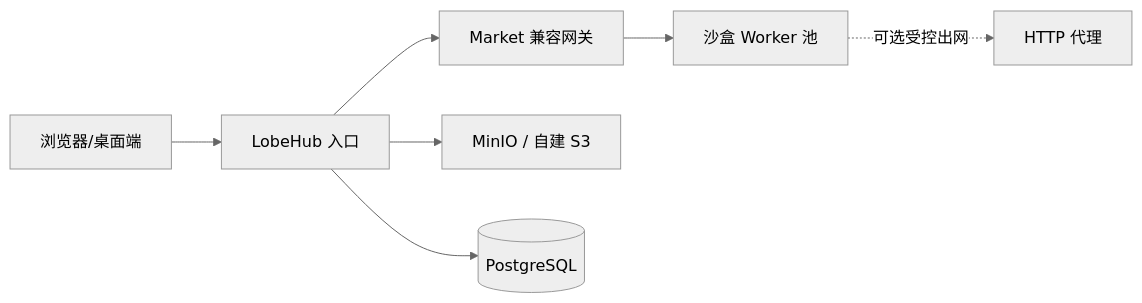
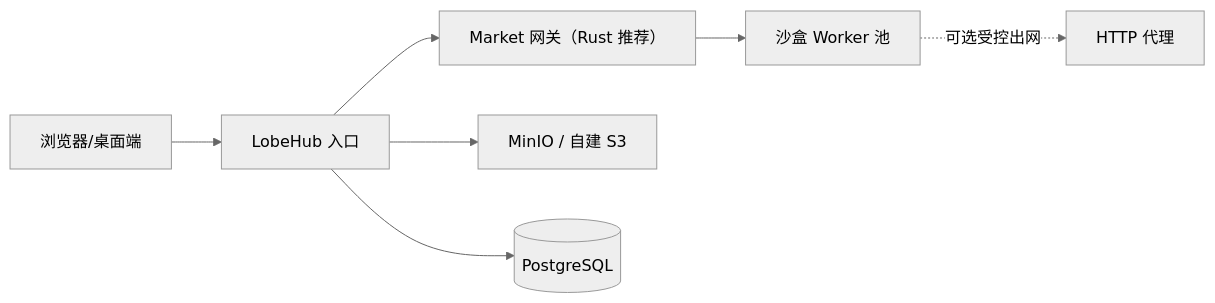
The second of 2 diagrams in docs/development/architecture-self-hosted-market-sandbox-replacement.zh-CN.md (AvatoLabs/avato), drawn with Mermaid (neutral theme) before and after one commit. The commit also changed other lines of this file and 16 other files, not shown here.

````diff
--- a/docs/development/architecture-self-hosted-market-sandbox-replacement.zh-CN.md
+++ b/docs/development/architecture-self-hosted-market-sandbox-replacement.zh-CN.md
@@ -165,16 +175,16 @@
 ```mermaid
 flowchart LR
   Client[浏览器/桌面端]
   LB[LobeHub 入口]
-  MM[Market 兼容网关]
+  MM["Market 网关（Rust 推荐）"]
   SBX[沙盒 Worker 池]
   S3[MinIO / 自建 S3]
   DB[(PostgreSQL)]
 
   Client --> LB
   LB --> MM
   LB --> DB
   LB --> S3
   MM --> SBX
   SBX -.->|可选受控出网| Proxy[HTTP 代理]
 ```
````
